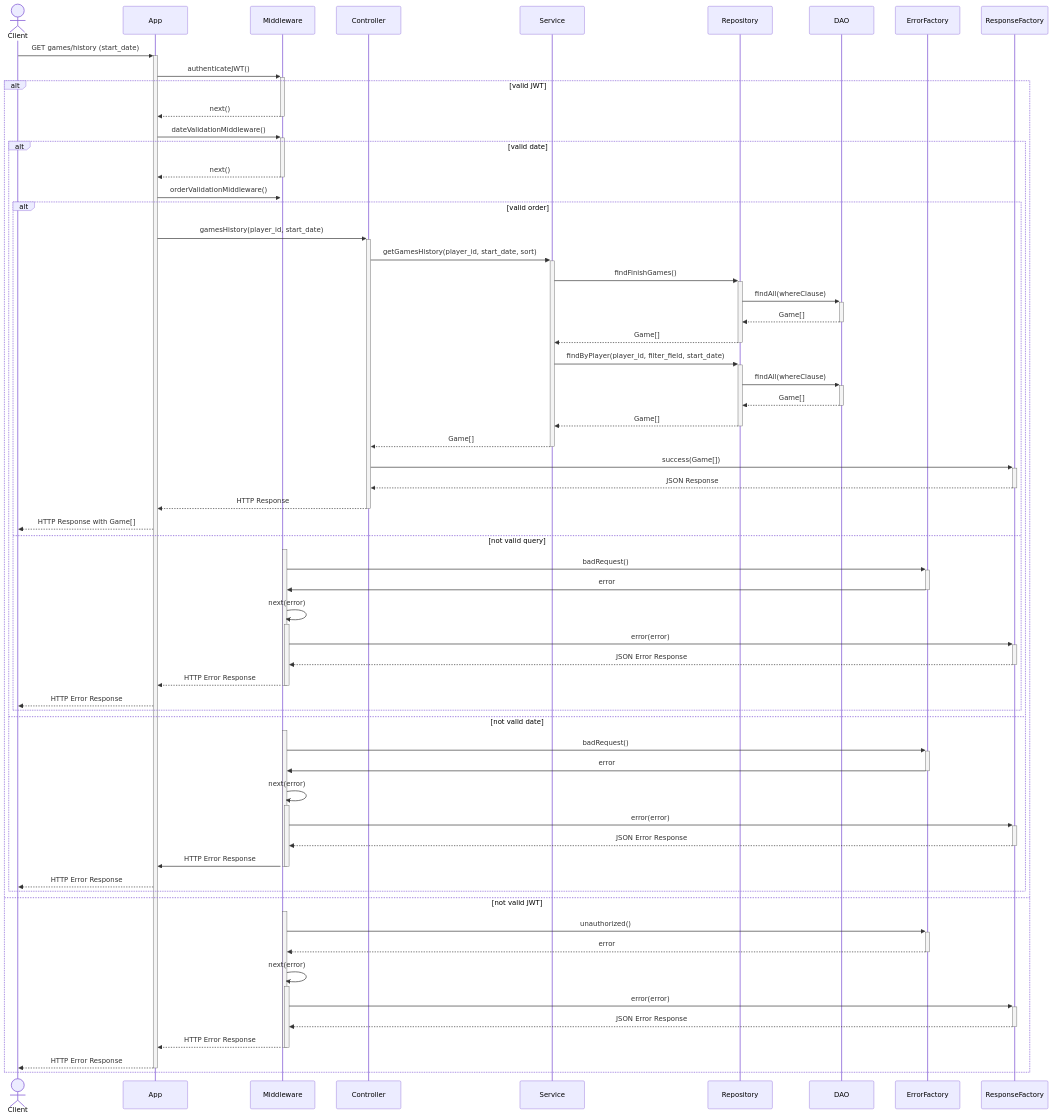
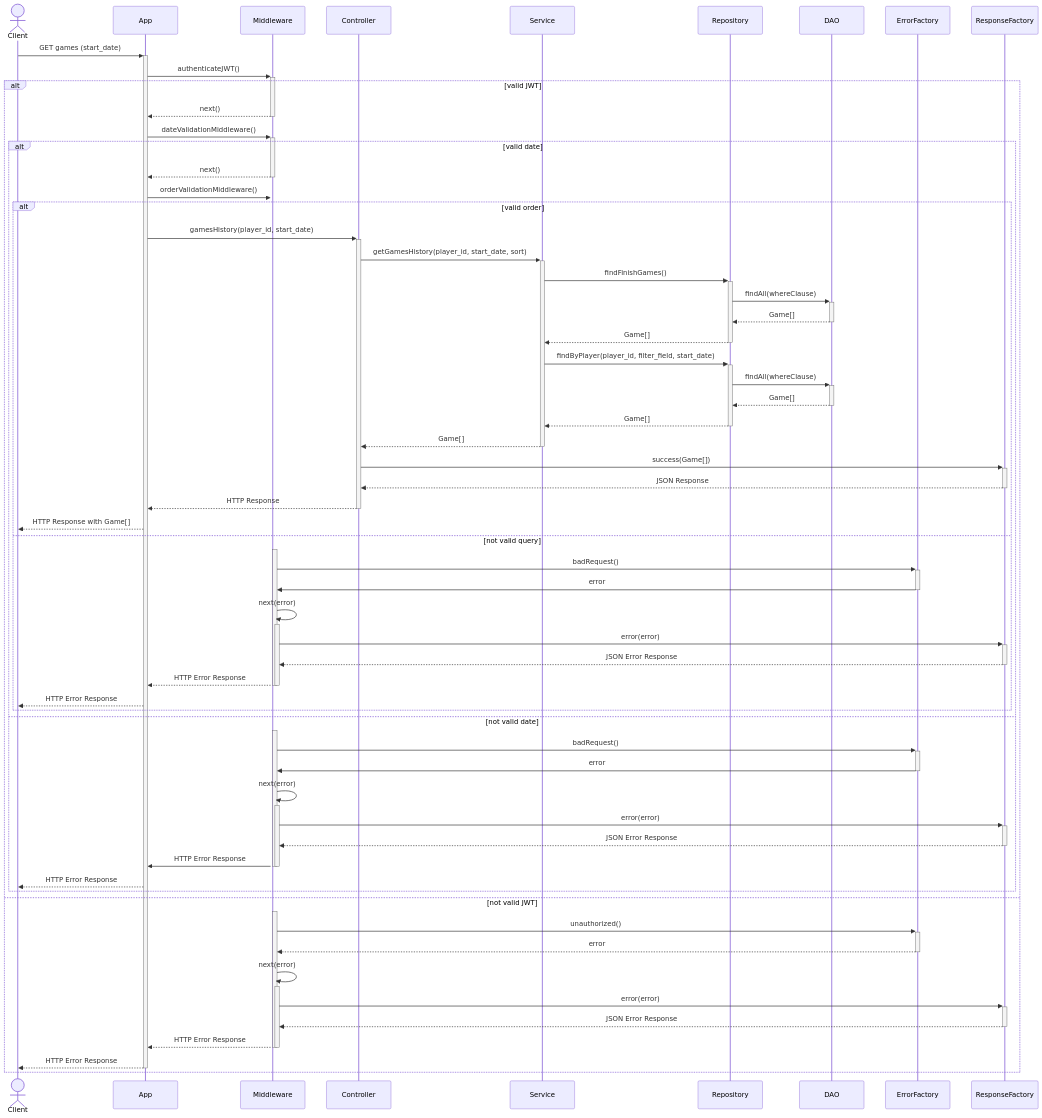
One commit to nicolobartolinii/chess-backend changed the fourth of 7 diagrams in README.md. Above: the diagram before and after it, drawn with Mermaid. The commit also changed other lines of this file and 13 other files, not shown here.

````diff
--- a/README.md
+++ b/README.md
@@ -955,69 +955,69 @@
 ```mermaid
 sequenceDiagram
     actor Client
     participant App
     participant Middleware
     participant Controller
     participant Service
     participant Repository
     participant DAO
     participant ErrorFactory
     participant ResponseFactory
-    Client ->>+ App: GET games/history (start_date)
+    Client ->>+ App: GET games (start_date)
     App ->>+ Middleware: authenticateJWT()
     alt valid JWT
         Middleware -->>- App: next()
         App ->>+ Middleware: dateValidationMiddleware()
         alt valid date
             Middleware -->>- App: next()
             App ->>+ Middleware: orderValidationMiddleware()
             alt valid order
                 App ->>+ Controller: gamesHistory(player_id, start_date)
                 Controller ->>+ Service: getGamesHistory(player_id, start_date, sort)
                 Service ->>+ Repository: findFinishGames()
                 Repository ->>+ DAO: findAll(whereClause)
                 DAO -->>- Repository: Game[]
                 Repository -->>- Service: Game[]
                 Service ->>+ Repository: findByPlayer(player_id, filter_field, start_date)
                 Repository ->>+ DAO: findAll(whereClause)
                 DAO -->>- Repository: Game[]
                 Repository -->>- Service: Game[]
                 Service -->>- Controller: Game[]
                 Controller ->>+ ResponseFactory: success(Game[])
                 ResponseFactory -->>- Controller: JSON Response
                 Controller -->>- App: HTTP Response
                 App -->> Client: HTTP Response with Game[]
             else not valid query
                 activate Middleware
                 Middleware ->>+ ErrorFactory: badRequest()
                 ErrorFactory ->>- Middleware: error
                 Middleware ->>+ Middleware: next(error)
                 Middleware ->>+ ResponseFactory: error(error)
                 ResponseFactory -->>- Middleware: JSON Error Response
                 Middleware -->>- App: HTTP Error Response
                 deactivate Middleware
                 App -->> Client: HTTP Error Response
             end
         else not valid date
             activate Middleware
             Middleware ->>+ ErrorFactory: badRequest()
             ErrorFactory ->>- Middleware: error
             Middleware ->>+ Middleware: next(error)
             Middleware ->>+ ResponseFactory: error(error)
             ResponseFactory -->>- Middleware: JSON Error Response
             Middleware ->>- App: HTTP Error Response
             deactivate Middleware
             App -->> Client: HTTP Error Response
         end
     else not valid JWT
         activate Middleware
         Middleware ->>+ ErrorFactory: unauthorized()
         ErrorFactory -->>- Middleware: error
         Middleware ->>+ Middleware: next(error)
         Middleware ->>+ ResponseFactory: error(error)
         ResponseFactory -->>- Middleware: JSON Error Response
         Middleware -->>- App: HTTP Error Response
         deactivate Middleware
         App -->>- Client: HTTP Error Response
     end
 ```
````
